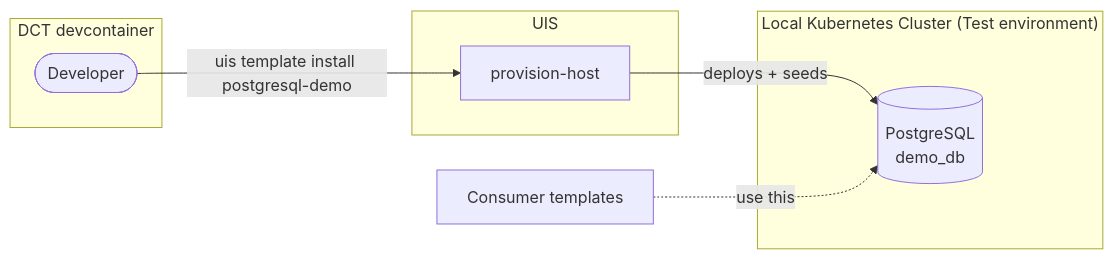
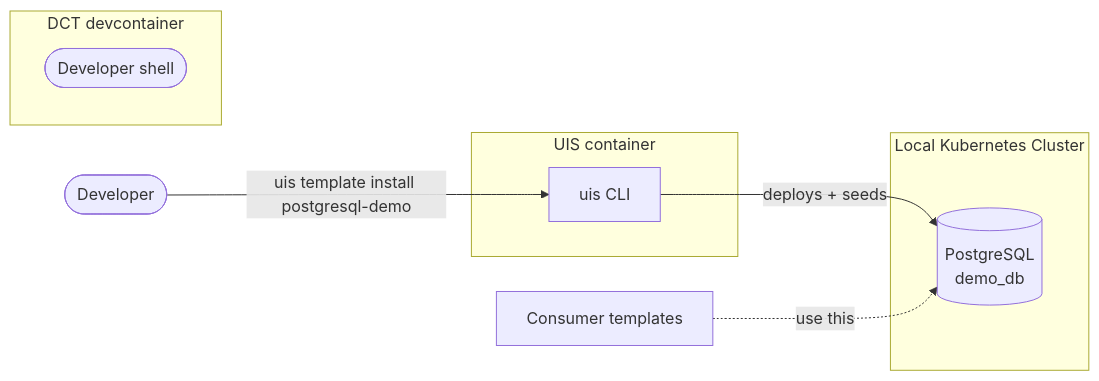
One commit to helpers-no/dev-templates changed the first of 2 diagrams in website/docs/templates/demo/postgresql-demo.mdx. Above: the diagram before and after it, drawn with Mermaid. The commit also changed other lines of this file and 18 other files, not shown here.

First line of the commit message:
Architecture diagram v2: two-diagram split (local dev + deploy)

````diff
--- a/website/docs/templates/demo/postgresql-demo.mdx
+++ b/website/docs/templates/demo/postgresql-demo.mdx
@@ -53,17 +53,21 @@
 ```mermaid
 flowchart LR
+    dev(["Developer"])
+
     subgraph dct["DCT devcontainer"]
-        dev(["Developer"])
+        dev_inside(["Developer shell"])
     end
-    subgraph k8s["Local Kubernetes Cluster (Test environment)"]
+
+    subgraph uis_group["UIS container"]
+        uis["uis CLI"]
+    end
+
+    subgraph k8s["Local Kubernetes Cluster"]
         svc[("PostgreSQL<br/>demo_db")]
-    end
-    subgraph uis_group["UIS"]
-        uis["provision-host"]
     end
     consumers["Consumer templates"]
 
     dev -->|uis template install postgresql-demo| uis
     uis -->|deploys + seeds| svc
     consumers -.->|use this| svc
 ```
````
